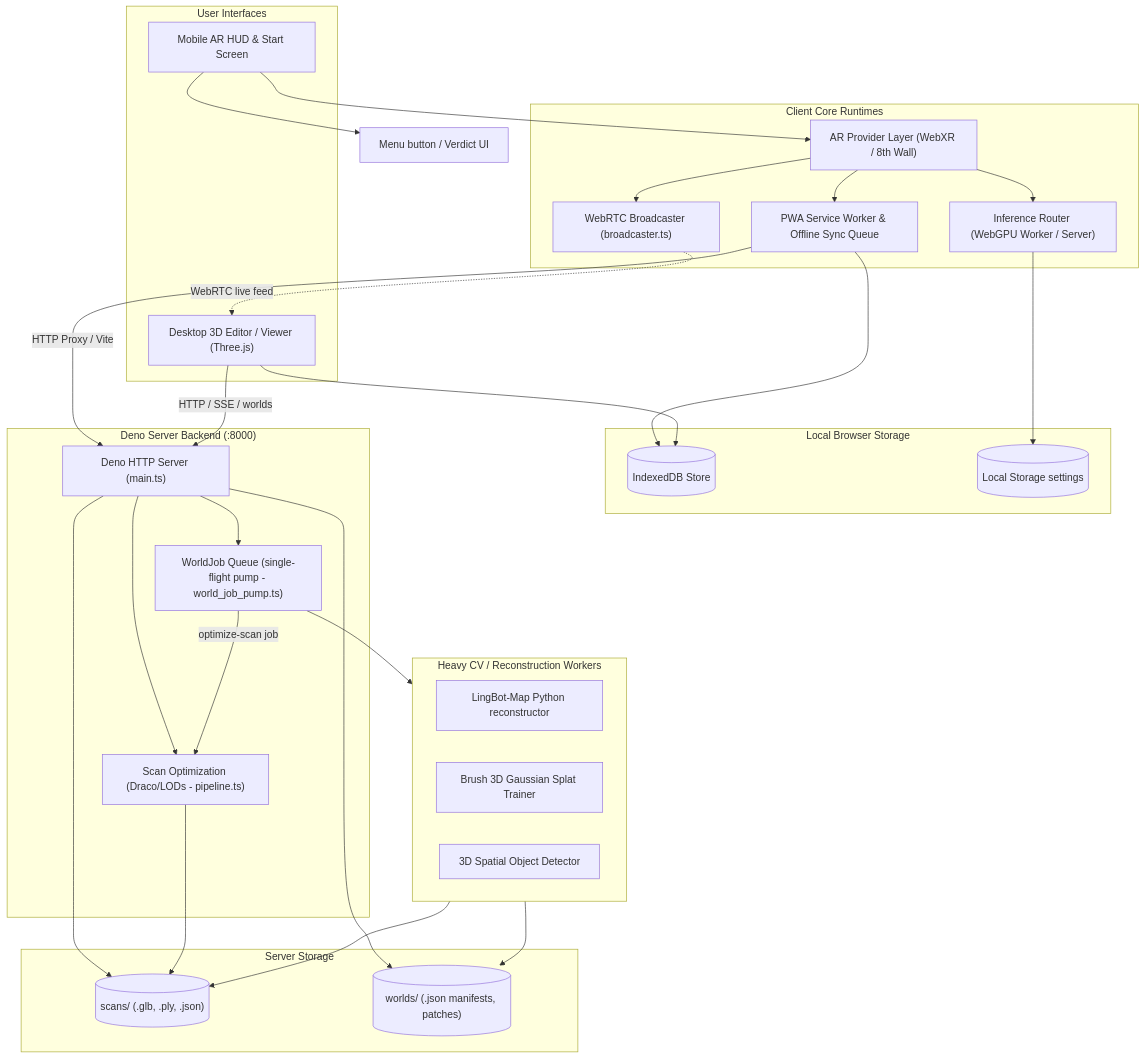
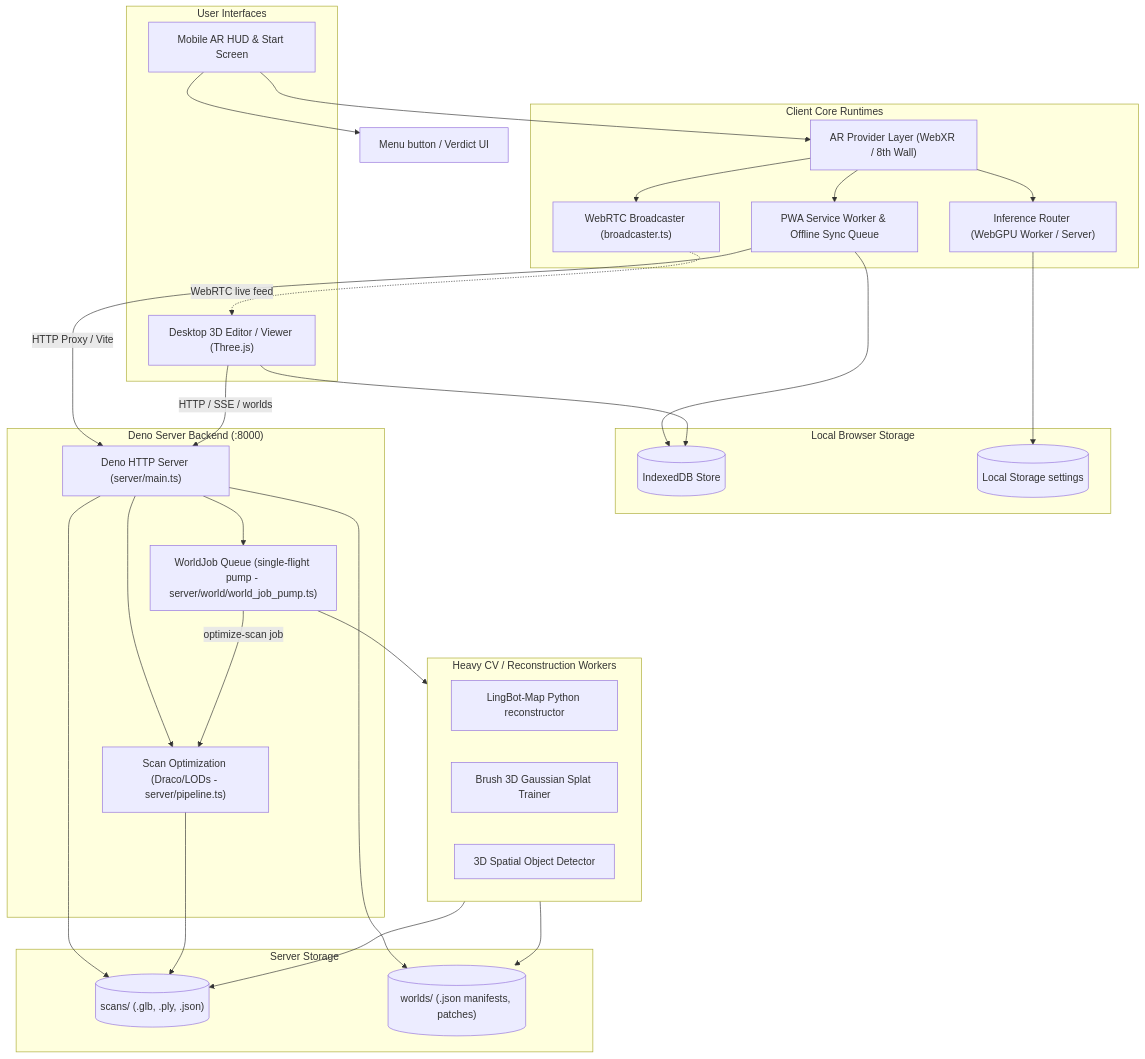
Before and after one commit to companionintelligence/CI-Spatial: the first of 3 diagrams in README.md, drawn with Mermaid. The commit also changed other lines of this file and 14 other files, not shown here.

````diff
--- a/README.md
+++ b/README.md
@@ -43,62 +43,62 @@
 ```mermaid
 flowchart TB
     subgraph UI ["User Interfaces"]
         ScannerMobile["Mobile AR HUD & Start Screen"]
         EditorDesktop["Desktop 3D Editor / Viewer (Three.js)"]
     end
 
     subgraph ClientCore ["Client Core Runtimes"]
         ARProvider["AR Provider Layer (WebXR / 8th Wall)"]
         InferenceRouter["Inference Router (WebGPU Worker / Server)"]
         Broadcaster["WebRTC Broadcaster (broadcaster.ts)"]
         PWA["PWA Service Worker & Offline Sync Queue"]
     end
 
     subgraph LocalStorage ["Local Browser Storage"]
         IDB_Client[(IndexedDB Store)]
         LStore[(Local Storage settings)]
     end
 
     subgraph ServerBackend ["Deno Server Backend (:8000)"]
-        HTTPGateway["Deno HTTP Server (main.ts)"]
-        JobRunner["WorldJob Queue (single-flight pump - world_job_pump.ts)"]
-        OptimizationPipeline["Scan Optimization (Draco/LODs - pipeline.ts)"]
+        HTTPGateway["Deno HTTP Server (server/main.ts)"]
+        JobRunner["WorldJob Queue (single-flight pump - server/world/world_job_pump.ts)"]
+        OptimizationPipeline["Scan Optimization (Draco/LODs - server/pipeline.ts)"]
     end
 
     subgraph ServerStorage ["Server Storage"]
         ScansStore[("scans/ (.glb, .ply, .json)")]
         WorldsStore[("worlds/ (.json manifests, patches)")]
     end
 
     subgraph HeavyWorkers ["Heavy CV / Reconstruction Workers"]
         LingBotMap["LingBot-Map Python reconstructor"]
         SplatTrainer["Brush 3D Gaussian Splat Trainer"]
         SplatDetector["3D Spatial Object Detector"]
     end
 
     %% Wiring
     ScannerMobile --> ARProvider
     ScannerMobile --> MenuBtn["Menu button / Verdict UI"]
     ARProvider --> InferenceRouter
     ARProvider --> Broadcaster
     ARProvider --> PWA
     PWA --> IDB_Client
     InferenceRouter --> LStore
     
     Broadcaster -.->|WebRTC live feed| EditorDesktop
     EditorDesktop --> IDB_Client
     
     PWA -->|HTTP Proxy / Vite| HTTPGateway
     EditorDesktop -->|HTTP / SSE / worlds| HTTPGateway
     
     HTTPGateway --> JobRunner
     HTTPGateway --> OptimizationPipeline
     HTTPGateway --> ScansStore
     HTTPGateway --> WorldsStore
     
     JobRunner --> HeavyWorkers
     JobRunner -->|optimize-scan job| OptimizationPipeline
     HeavyWorkers --> ScansStore
     HeavyWorkers --> WorldsStore
     OptimizationPipeline --> ScansStore
 ```
````
